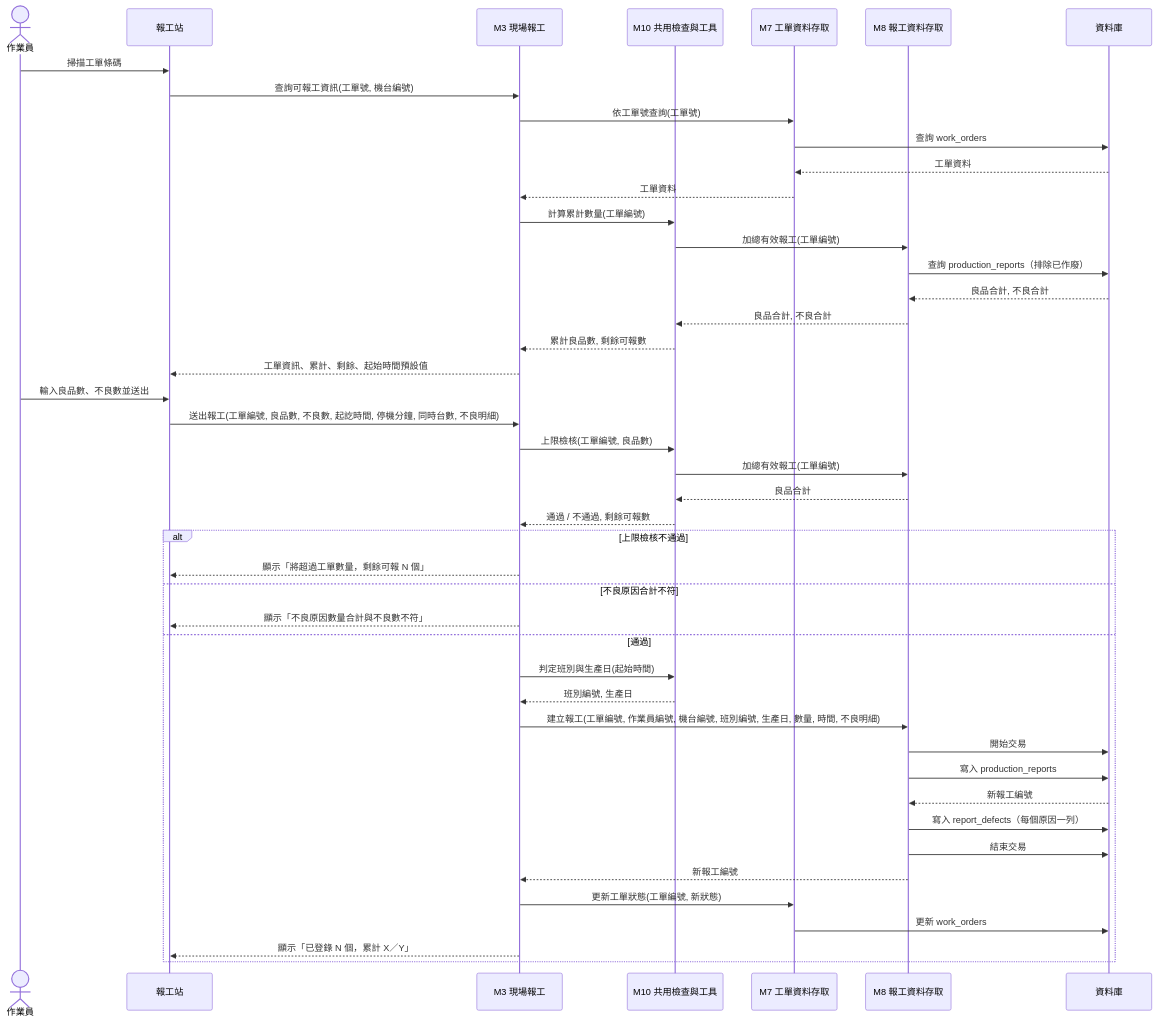
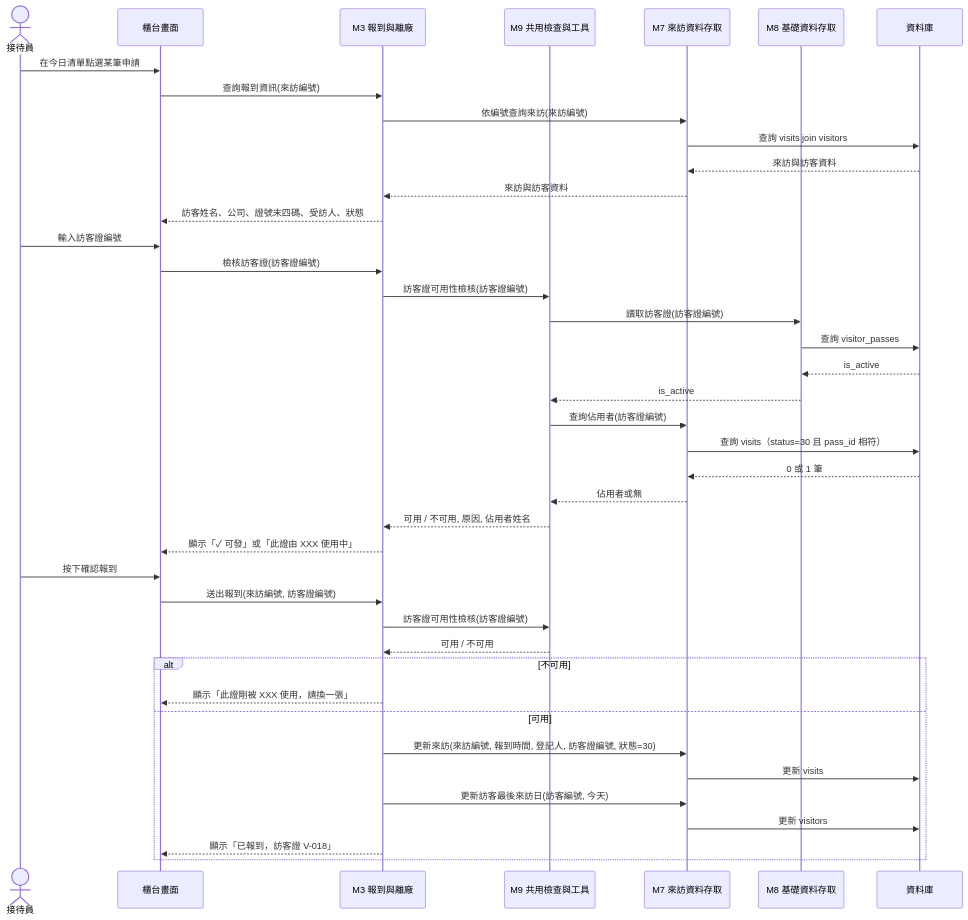
Before and after one commit to billy1125/system-analysis-and-design: the fourth of 9 diagrams in 03-example-reports/Design-Phase-Deliverables.md, drawn with Mermaid. The commit also changed other lines of this file and 30 other files, not shown here.

````diff
--- a/03-example-reports/Design-Phase-Deliverables.md
+++ b/03-example-reports/Design-Phase-Deliverables.md
@@ -629,50 +622,46 @@
 ```mermaid
 sequenceDiagram
-    actor U as 作業員
-    participant T as 報工站
-    participant M3 as M3 現場報工
-    participant M10 as M10 共用檢查與工具
-    participant M7 as M7 工單資料存取
-    participant M8 as M8 報工資料存取
+    actor R as 接待員
+    participant W as 櫃台畫面
+    participant M3 as M3 報到與離廠
+    participant M9 as M9 共用檢查與工具
+    participant M7 as M7 來訪資料存取
+    participant M8 as M8 基礎資料存取
     participant DB as 資料庫
 
-    U->>T: 掃描工單條碼
-    T->>M3: 查詢可報工資訊(工單號, 機台編號)
-    M3->>M7: 依工單號查詢(工單號)
-    M7->>DB: 查詢 work_orders
-    DB-->>M7: 工單資料
-    M7-->>M3: 工單資料
-    M3->>M10: 計算累計數量(工單編號)
-    M10->>M8: 加總有效報工(工單編號)
-    M8->>DB: 查詢 production_reports（排除已作廢）
-    DB-->>M8: 良品合計, 不良合計
-    M8-->>M10: 良品合計, 不良合計
-    M10-->>M3: 累計良品數, 剩餘可報數
-    M3-->>T: 工單資訊、累計、剩餘、起始時間預設值
+    R->>W: 在今日清單點選某筆申請
+    W->>M3: 查詢報到資訊(來訪編號)
+    M3->>M7: 依編號查詢來訪(來訪編號)
+    M7->>DB: 查詢 visits join visitors
+    DB-->>M7: 來訪與訪客資料
+    M7-->>M3: 來訪與訪客資料
+    M3-->>W: 訪客姓名、公司、證號末四碼、受訪人、狀態
 
-    U->>T: 輸入良品數、不良數並送出
-    T->>M3: 送出報工(工單編號, 良品數, 不良數, 起訖時間, 停機分鐘, 同時台數, 不良明細)
-    M3->>M10: 上限檢核(工單編號, 良品數)
-    M10->>M8: 加總有效報工(工單編號)
-    M8-->>M10: 良品合計
-    M10-->>M3: 通過 / 不通過, 剩餘可報數
+    R->>W: 輸入訪客證編號
+    W->>M3: 檢核訪客證(訪客證編號)
+    M3->>M9: 訪客證可用性檢核(訪客證編號)
+    M9->>M8: 讀取訪客證(訪客證編號)
+    M8->>DB: 查詢 visitor_passes
+    DB-->>M8: is_active
+    M8-->>M9: is_active
+    M9->>M7: 查詢佔用者(訪客證編號)
+    M7->>DB: 查詢 visits（status=30 且 pass_id 相符）
+    DB-->>M7: 0 或 1 筆
+    M7-->>M9: 佔用者或無
+    M9-->>M3: 可用 / 不可用, 原因, 佔用者姓名
+    M3-->>W: 顯示「✓ 可發」或「此證由 XXX 使用中」
 
-    alt 上限檢核不通過
-        M3-->>T: 顯示「將超過工單數量，剩餘可報 N 個」
-    else 不良原因合計不符
-        M3-->>T: 顯示「不良原因數量合計與不良數不符」
-    else 通過
-        M3->>M10: 判定班別與生產日(起始時間)
-        M10-->>M3: 班別編號, 生產日
-        M3->>M8: 建立報工(工單編號, 作業員編號, 機台編號, 班別編號, 生產日, 數量, 時間, 不良明細)
-        M8->>DB: 開始交易
-        M8->>DB: 寫入 production_reports
-        DB-->>M8: 新報工編號
-        M8->>DB: 寫入 report_defects（每個原因一列）
-        M8->>DB: 結束交易
-        M8-->>M3: 新報工編號
-        M3->>M7: 更新工單狀態(工單編號, 新狀態)
-        M7->>DB: 更新 work_orders
-        M3-->>T: 顯示「已登錄 N 個，累計 X／Y」
+    R->>W: 按下確認報到
+    W->>M3: 送出報到(來訪編號, 訪客證編號)
+    M3->>M9: 訪客證可用性檢核(訪客證編號)
+    M9-->>M3: 可用 / 不可用
+    alt 不可用
+        M3-->>W: 顯示「此證剛被 XXX 使用，請換一張」
+    else 可用
+        M3->>M7: 更新來訪(來訪編號, 報到時間, 登記人, 訪客證編號, 狀態=30)
+        M7->>DB: 更新 visits
+        M3->>M7: 更新訪客最後來訪日(訪客編號, 今天)
+        M7->>DB: 更新 visitors
+        M3-->>W: 顯示「已報到，訪客證 V-018」
     end
 ```
````
